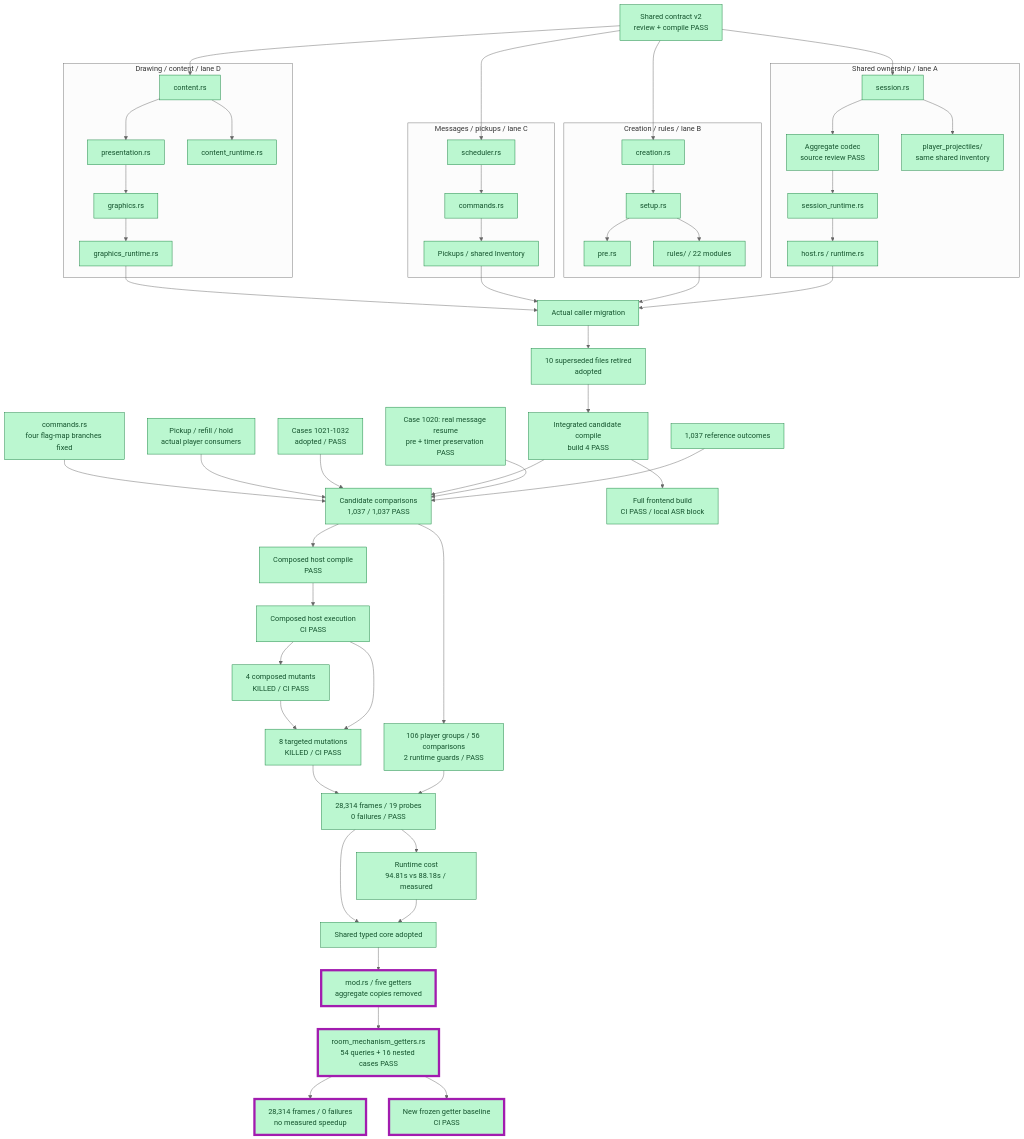
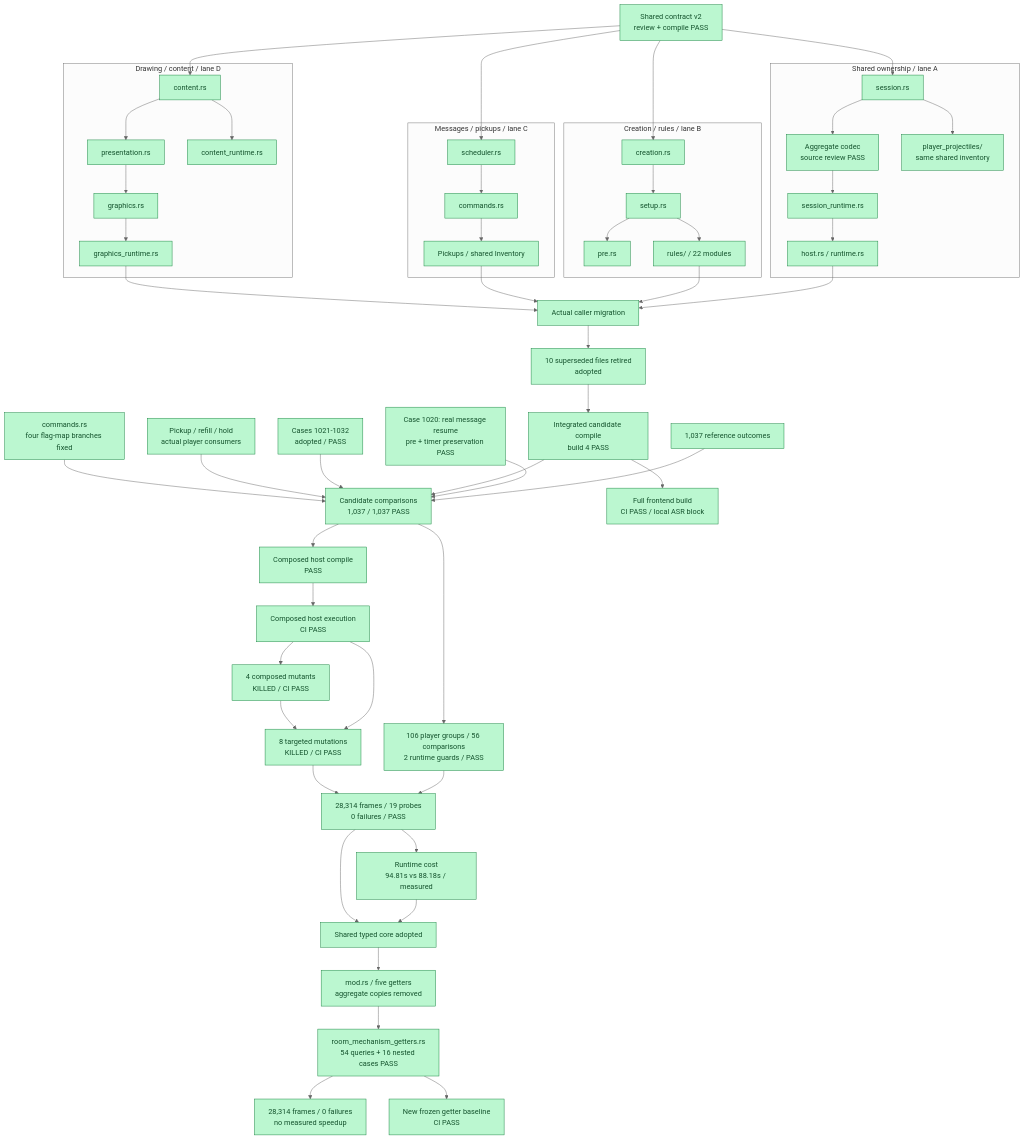
One commit to JimLundin/sm-decomp changed the seventh of 15 diagrams in PROGRESS.md. Above: the diagram before and after it, drawn with Mermaid (neutral theme). The commit also changed other lines of this file and 67 other files, not shown here.

````diff
--- a/PROGRESS.md
+++ b/PROGRESS.md
@@ -244,64 +241,63 @@
 ```mermaid
 flowchart TB
     CONTRACT["Shared contract v2<br/>review + compile PASS"]:::done
     subgraph shared["Shared ownership / lane A"]
         S["session.rs"]:::done --> CODEC["Aggregate codec<br/>source review PASS"]:::done
         S --> PLAYER["player_projectiles/<br/>same shared inventory"]:::done
         CODEC --> RT["session_runtime.rs"]:::done
         RT --> HOST["host.rs / runtime.rs"]:::done
     end
     subgraph creation["Creation / rules / lane B"]
         CREATE["creation.rs"]:::done --> SETUP["setup.rs"]:::done
         SETUP --> PRE["pre.rs"]:::done
         SETUP --> RULES["rules/ / 22 modules"]:::done
     end
     subgraph execution["Messages / pickups / lane C"]
         SCHED["scheduler.rs"]:::done --> CMD["commands.rs"]:::done
         CMD --> PICKUP["Pickups / shared Inventory"]:::done
     end
     subgraph drawing["Drawing / content / lane D"]
         DRAW["presentation.rs"]:::done --> GRAPHICS["graphics.rs"]:::done
         CONTENT["content.rs"]:::done --> DRAW
         CONTENT --> CR["content_runtime.rs"]:::done
         GRAPHICS --> GR["graphics_runtime.rs"]:::done
     end
     CONTRACT --> S
     CONTRACT --> CREATE
     CONTRACT --> SCHED
     CONTRACT --> CONTENT
     HOST --> CALLERS["Actual caller migration"]:::done
     RULES --> CALLERS
     PICKUP --> CALLERS
     GR --> CALLERS
     CALLERS --> DELETE["10 superseded files retired<br/>adopted"]:::done
     BASE["1,037 reference outcomes"]:::done --> COMPARE["Candidate comparisons<br/>1,037 / 1,037 PASS"]:::done
     RESUME["Case 1020: real message resume<br/>pre + timer preservation PASS"]:::done --> COMPARE
     DELETE --> BUILD["Integrated candidate compile<br/>build 4 PASS"]:::done
     BUILD --> COMPARE
     GAP["Cases 1021-1032<br/>adopted / PASS"]:::done --> COMPARE
     SHAREDTEST["Pickup / refill / hold<br/>actual player consumers"]:::done --> COMPARE
     FLAGS["commands.rs<br/>four flag-map branches fixed"]:::done --> COMPARE
     COMPARE --> REG["106 player groups / 56 comparisons<br/>2 runtime guards / PASS"]:::done
     COMPARE --> HC["Composed host compile<br/>PASS"]:::done
     HC --> HE["Composed host execution<br/>CI PASS"]:::done
     HE --> MUT["8 targeted mutations<br/>KILLED / CI PASS"]:::done
     HE --> CM["4 composed mutants<br/>KILLED / CI PASS"]:::done
     CM --> MUT
     BUILD --> FRONT["Full frontend build<br/>CI PASS / local ASR block"]:::done
     REG --> MOVIE["28,314 frames / 19 probes<br/>0 failures / PASS"]:::done
     MUT --> MOVIE
     MOVIE --> PERF["Runtime cost<br/>94.81s vs 88.18s / measured"]:::done
     PERF --> ADOPT
     MOVIE --> ADOPT["Shared typed core adopted"]:::done
     ADOPT --> GET["mod.rs / five getters<br/>aggregate copies removed"]:::done
     GET --> GTEST["room_mechanism_getters.rs<br/>54 queries + 16 nested cases PASS"]:::done
     GTEST --> GMOV["28,314 frames / 0 failures<br/>no measured speedup"]:::done
     GTEST --> GCI["New frozen getter baseline<br/>CI PASS"]:::done
-    class GET,GTEST,GMOV,GCI changed
     classDef done fill:#bbf7d0,stroke:#15803d,color:#14532d
     classDef checked fill:#bfdbfe,stroke:#2563eb,color:#1e3a8a
     classDef active fill:#fed7aa,stroke:#ea580c,color:#7c2d12
     classDef pending fill:#f1f5f9,stroke:#94a3b8,color:#475569,stroke-dasharray:5 5
     classDef failed fill:#fecaca,stroke:#dc2626,color:#7f1d1d
     classDef changed stroke:#a21caf,stroke-width:5px
 ```
````
